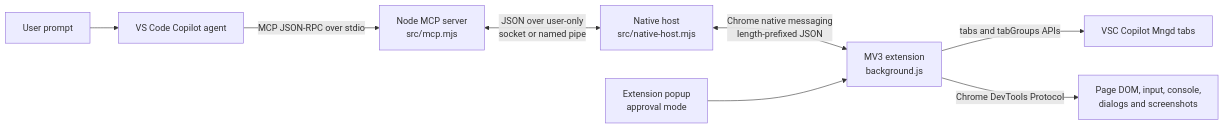
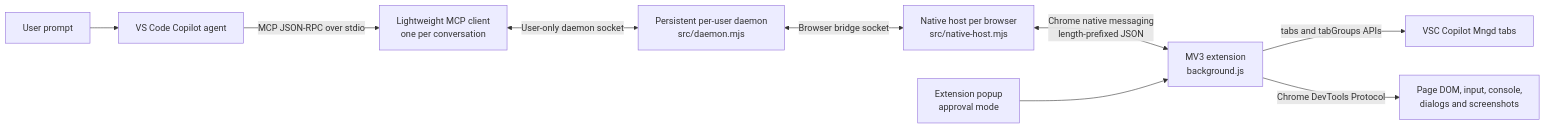
One commit to AhmeeedMostafa/copilot-browser-interaction changed the first of 2 diagrams in README.md. Above: the diagram before and after it, drawn with Mermaid. The commit also changed other lines of this file and 17 other files, not shown here.

First line of the commit message:
feat: add persistent isolated browser sessions

````diff
--- a/README.md
+++ b/README.md
@@ -11,10 +27,11 @@
 ```mermaid
 flowchart LR
     User[User prompt] --> Copilot[VS Code Copilot agent]
-    Copilot -->|MCP JSON-RPC over stdio| MCP[Node MCP server<br/>src/mcp.mjs]
-    MCP <-->|JSON over user-only<br/>socket or named pipe| Host[Native host<br/>src/native-host.mjs]
+    Copilot -->|MCP JSON-RPC over stdio| MCP[Lightweight MCP client<br/>one per conversation]
+    MCP <-->|User-only daemon socket| Daemon[Persistent per-user daemon<br/>src/daemon.mjs]
+    Daemon <-->|Browser bridge socket| Host[Native host per browser<br/>src/native-host.mjs]
     Host <-->|Chrome native messaging<br/>length-prefixed JSON| Extension[MV3 extension<br/>background.js]
     Popup[Extension popup<br/>approval mode] --> Extension
     Extension -->|tabs and tabGroups APIs| Tabs[VSC Copilot Mngd tabs]
     Extension -->|Chrome DevTools Protocol| Page[Page DOM, input, console,<br/>dialogs and screenshots]
 ```
````
